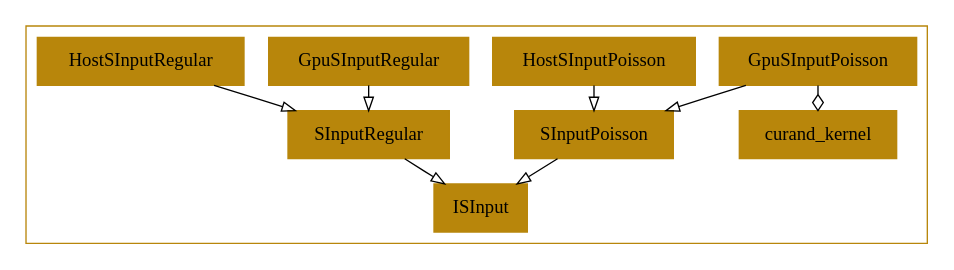
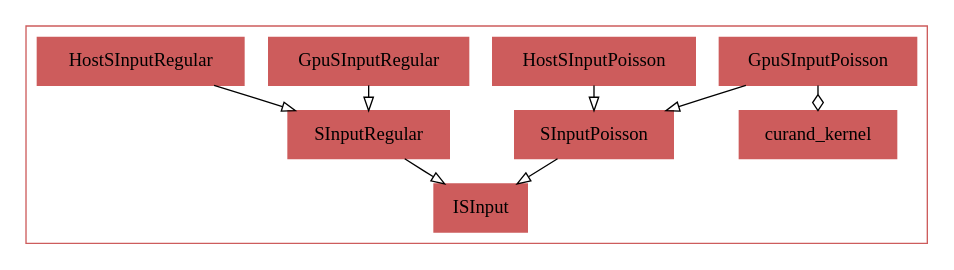
Before and after one commit to UWB-Biocomputing/BrainGrid: the diagram in Tools/DiagramGenerator/ExampleOutputs/dot_subsystems/subsystemE.dot, drawn with Graphviz. The commit also changed 9 other files, not shown here.

```diff
--- a/Tools/DiagramGenerator/ExampleOutputs/dot_subsystems/subsystemE.dot
+++ b/Tools/DiagramGenerator/ExampleOutputs/dot_subsystems/subsystemE.dot
@@ -1,46 +1,46 @@
 digraph{
 
 	subgraph clusterE {
-		node [shape = record];
+		color = indianred
+		node [shape = record, color = indianred];
 
-		color = darkgoldenrod
-		GpuSInputPoisson[label = GpuSInputPoisson, style = filled, color = darkgoldenrod];
-		GpuSInputRegular[label = GpuSInputRegular, style = filled, color = darkgoldenrod];
-		HostSInputPoisson[label = HostSInputPoisson, style = filled, color = darkgoldenrod];
-		HostSInputRegular[label = HostSInputRegular, style = filled, color = darkgoldenrod];
-		ISInput[label = ISInput, style = filled, color = darkgoldenrod];
-		SInputPoisson[label = SInputPoisson, style = filled, color = darkgoldenrod];
-		SInputRegular[label = SInputRegular, style = filled, color = darkgoldenrod];
-		curand_kernel[label = curand_kernel, style = filled, color = darkgoldenrod];
+		GpuSInputPoisson[label = GpuSInputPoisson, style = filled];
+		GpuSInputRegular[label = GpuSInputRegular, style = filled];
+		HostSInputPoisson[label = HostSInputPoisson, style = filled];
+		HostSInputRegular[label = HostSInputRegular, style = filled];
+		ISInput[label = ISInput, style = filled];
+		SInputPoisson[label = SInputPoisson, style = filled];
+		SInputRegular[label = SInputRegular, style = filled];
+		curand_kernel[label = curand_kernel, style = filled];
 
 
 		//------LAYOUT FOR SUBGRAPH------
 
 
 		rankdir = BT; // Rank Direction Bottom to Top
 		nodesep = 0.98; // Node Separation
 		ranksep = 0.98; // Rank Separation
 
 
 		//INHERITANCE//
 
 
 		GpuSInputPoisson -> SInputPoisson [arrowhead=empty];
 
 		GpuSInputRegular -> SInputRegular [arrowhead=empty];
 
 		HostSInputPoisson -> SInputPoisson [arrowhead=empty];
 
 		HostSInputRegular -> SInputRegular [arrowhead=empty];
 
 		SInputPoisson -> ISInput [arrowhead=empty];
 
 		SInputRegular -> ISInput [arrowhead=empty];
 
 
 		//COMPOSITION//
 
 
 		GpuSInputPoisson -> curand_kernel [arrowhead=ediamond];
 	}//end subgraph E
 }//end digraph
```
